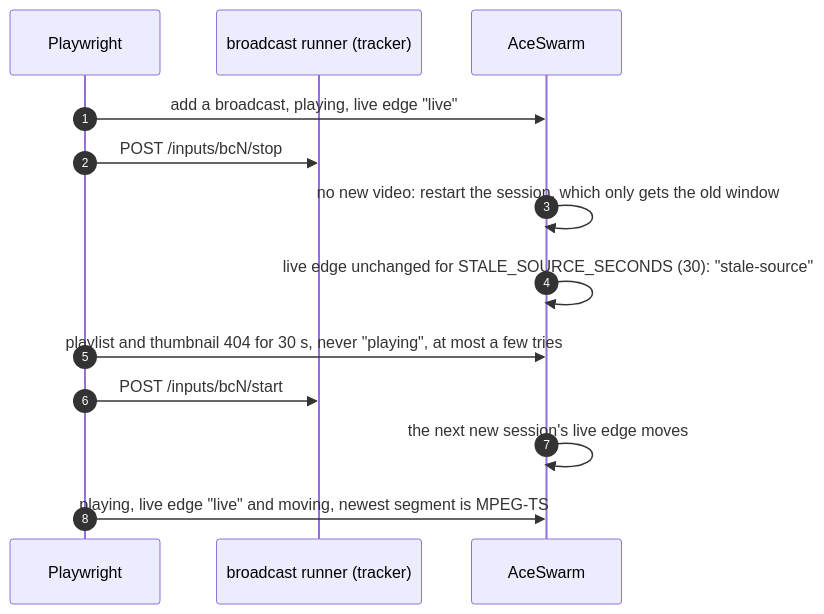
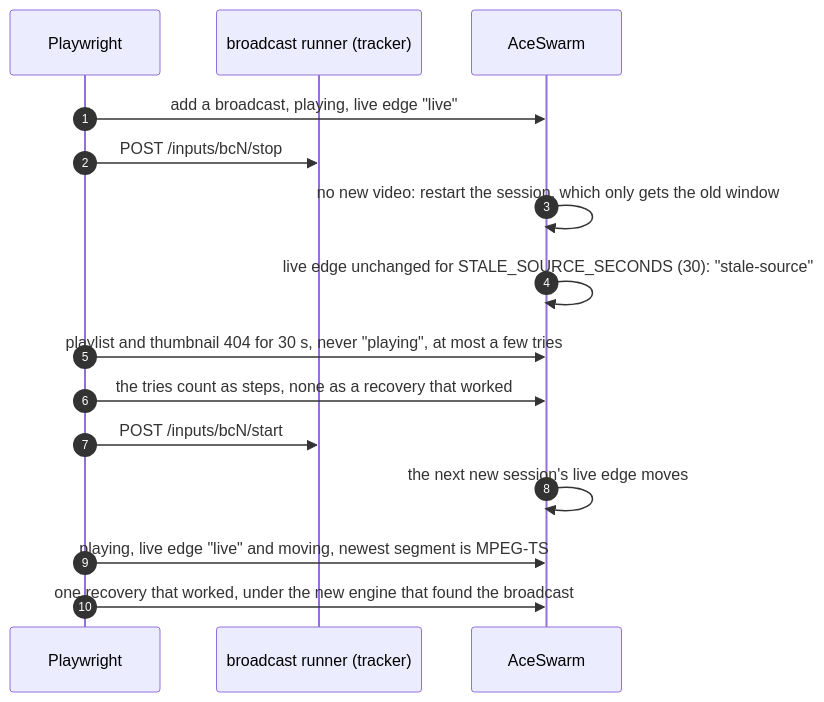
The tenth of 14 diagrams in e2e/README.md (sergimn/AceSwarm), drawn with Mermaid before and after one commit. The commit also changed other lines of this file and 14 other files, not shown here.

````diff
--- a/e2e/README.md
+++ b/e2e/README.md
@@ -275,15 +275,17 @@
 ```mermaid
 sequenceDiagram
   autonumber
   participant T as Playwright
   participant SRC as broadcast runner (tracker)
   participant AS as AceSwarm
   T->>AS: add a broadcast, playing, live edge "live"
   T->>SRC: POST /inputs/bcN/stop
   AS->>AS: no new video: restart the session, which only gets the old window
   AS->>AS: live edge unchanged for STALE_SOURCE_SECONDS (30): "stale-source"
   T->>AS: playlist and thumbnail 404 for 30 s, never "playing", at most a few tries
+  T->>AS: the tries count as steps, none as a recovery that worked
   T->>SRC: POST /inputs/bcN/start
   AS->>AS: the next new session's live edge moves
   T->>AS: playing, live edge "live" and moving, newest segment is MPEG-TS
+  T->>AS: one recovery that worked, under the new engine that found the broadcast
 ```
````
